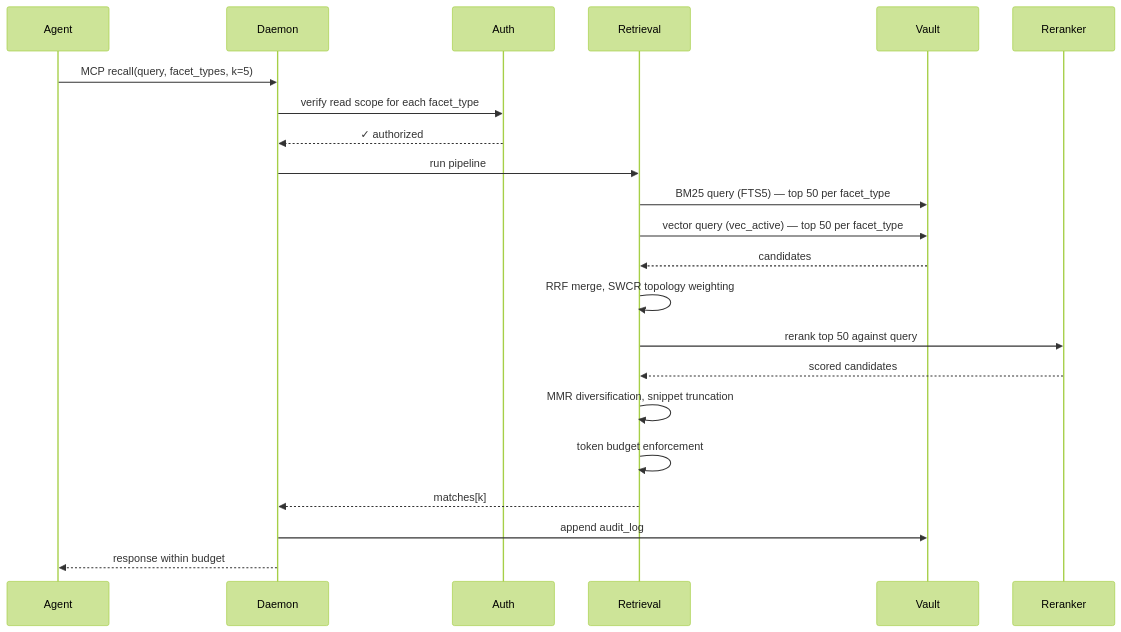
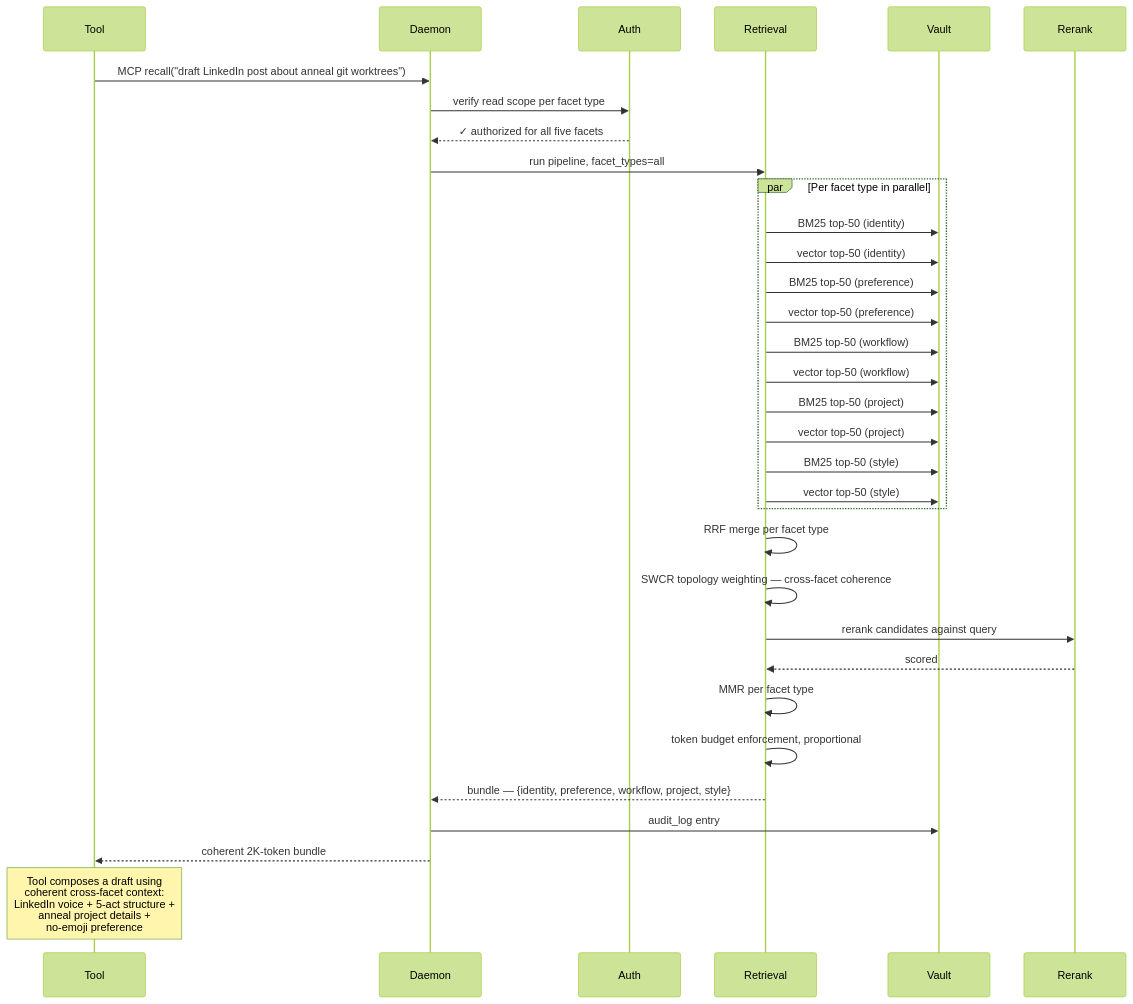
One commit to Mathews-Tom/Tessera changed the seventh of 8 diagrams in docs/system-design.md. Above: the diagram before and after it, drawn with Mermaid (forest theme). The commit also changed other lines of this file and 24 other files, not shown here.

````diff
--- a/docs/system-design.md
+++ b/docs/system-design.md
@@ -540,25 +416,40 @@
 ```mermaid
 sequenceDiagram
-  participant Agent
+  participant Tool
   participant Daemon
   participant Auth
-  participant Retrieval
+  participant Retr as Retrieval
   participant Vault
-  participant Reranker
+  participant Rerank
 
-  Agent->>Daemon: MCP recall(query, facet_types, k=5)
-  Daemon->>Auth: verify read scope for each facet_type
-  Auth-->>Daemon: ✓ authorized
-  Daemon->>Retrieval: run pipeline
-  Retrieval->>Vault: BM25 query (FTS5) — top 50 per facet_type
-  Retrieval->>Vault: vector query (vec_active) — top 50 per facet_type
-  Vault-->>Retrieval: candidates
-  Retrieval->>Retrieval: RRF merge, SWCR topology weighting
-  Retrieval->>Reranker: rerank top 50 against query
-  Reranker-->>Retrieval: scored candidates
-  Retrieval->>Retrieval: MMR diversification, snippet truncation
-  Retrieval->>Retrieval: token budget enforcement
-  Retrieval-->>Daemon: matches[k]
-  Daemon->>Vault: append audit_log
-  Daemon-->>Agent: response within budget
+  Tool->>Daemon: MCP recall("draft LinkedIn post about anneal git worktrees")
+  Daemon->>Auth: verify read scope per facet type
+  Auth-->>Daemon: ✓ authorized for all five facets
+
+  Daemon->>Retr: run pipeline, facet_types=all
+
+  par Per facet type in parallel
+    Retr->>Vault: BM25 top-50 (identity)
+    Retr->>Vault: vector top-50 (identity)
+    Retr->>Vault: BM25 top-50 (preference)
+    Retr->>Vault: vector top-50 (preference)
+    Retr->>Vault: BM25 top-50 (workflow)
+    Retr->>Vault: vector top-50 (workflow)
+    Retr->>Vault: BM25 top-50 (project)
+    Retr->>Vault: vector top-50 (project)
+    Retr->>Vault: BM25 top-50 (style)
+    Retr->>Vault: vector top-50 (style)
+  end
+
+  Retr->>Retr: RRF merge per facet type
+  Retr->>Retr: SWCR topology weighting — cross-facet coherence
+  Retr->>Rerank: rerank candidates against query
+  Rerank-->>Retr: scored
+  Retr->>Retr: MMR per facet type
+  Retr->>Retr: token budget enforcement, proportional
+  Retr-->>Daemon: bundle — {identity, preference, workflow, project, style}
+  Daemon->>Vault: audit_log entry
+  Daemon-->>Tool: coherent 2K-token bundle
+
+  Note over Tool: Tool composes a draft using<br/>coherent cross-facet context:<br/>LinkedIn voice + 5-act structure +<br/>anneal project details +<br/>no-emoji preference
 ```
````
